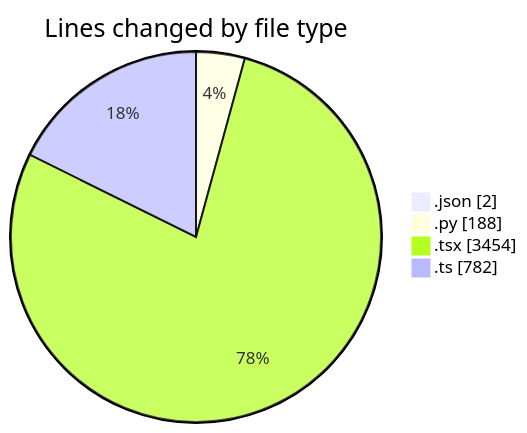
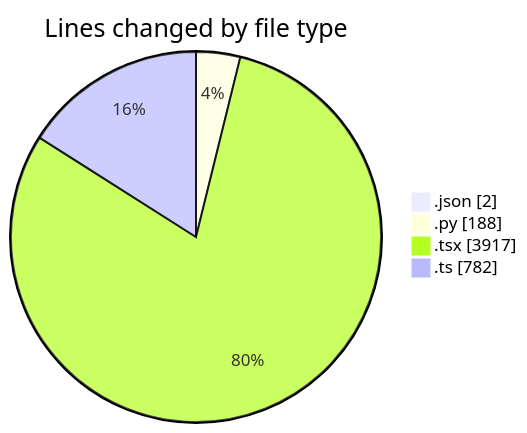
Before and after one commit to julien-gomy/code-tracking: the first of 2 diagrams in 2025-10-06/eventscop-frontend-guide__workspace_/README.md, drawn with Mermaid. The commit also changed other lines of this file and 1 other file, not shown here.

````diff
--- a/2025-10-06/eventscop-frontend-guide__workspace_/README.md
+++ b/2025-10-06/eventscop-frontend-guide__workspace_/README.md
@@ -48,8 +49,8 @@
 ```mermaid
 pie showData
 title Lines changed by file type
 ".json" : 2
 ".py" : 188
-".tsx" : 3454
+".tsx" : 3917
 ".ts" : 782
 ```
````
